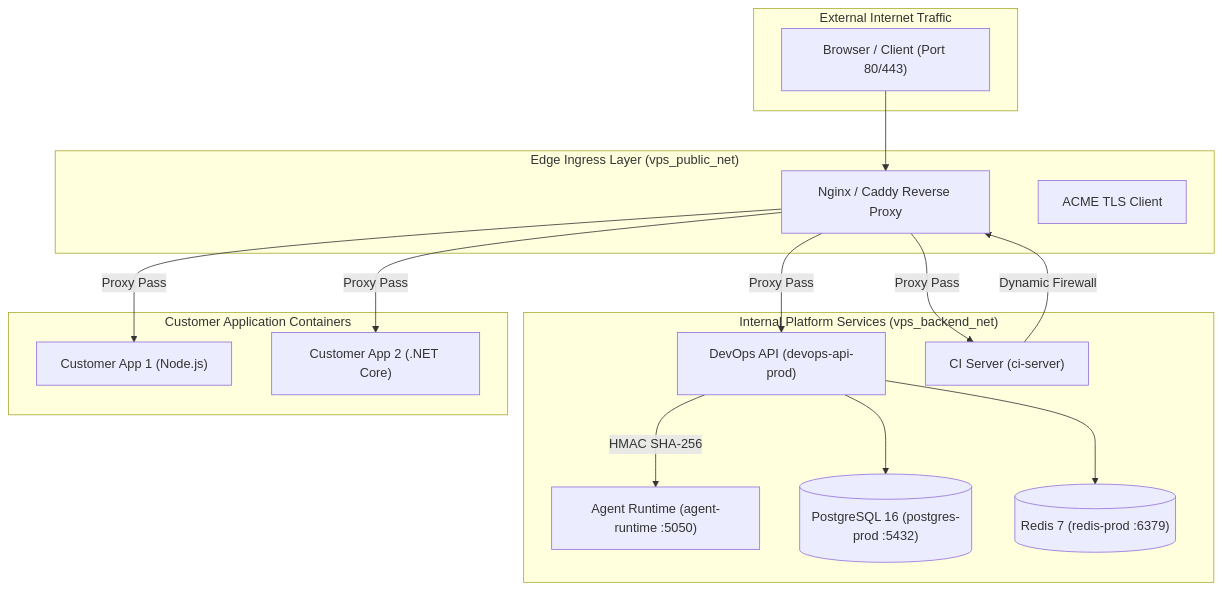
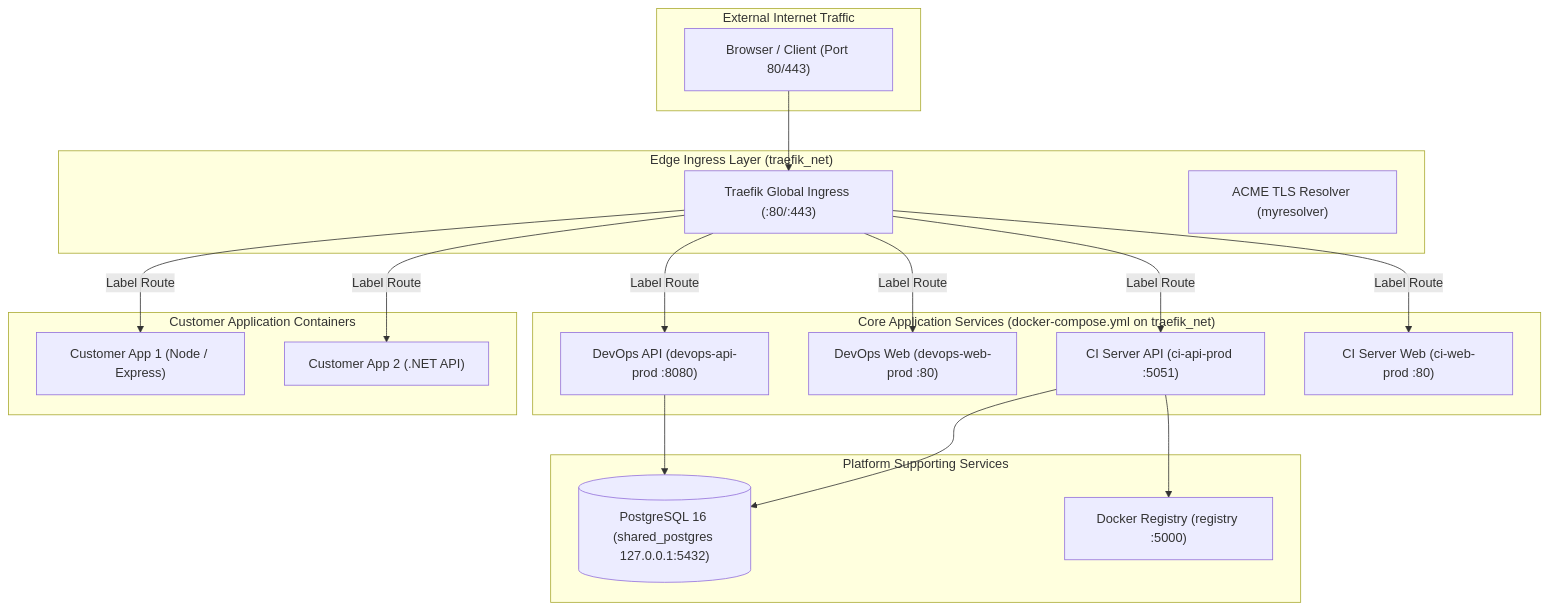
Before and after one commit to tmk-computers/vps-infra: the diagram in docs/v2/02-architecture/HOST_ARCHITECTURE.md, drawn with Mermaid. The commit also changed other lines of this file and 17 other files, not shown here.

````diff
--- a/docs/v2/02-architecture/HOST_ARCHITECTURE.md
+++ b/docs/v2/02-architecture/HOST_ARCHITECTURE.md
@@ -16,35 +16,40 @@
 ```mermaid
 graph TD
     subgraph "External Internet Traffic"
         Client["Browser / Client (Port 80/443)"]
     end
 
-    subgraph "Edge Ingress Layer (vps_public_net)"
-        Nginx["Nginx / Caddy Reverse Proxy"]
-        Certbot["ACME TLS Client"]
+    subgraph "Edge Ingress Layer (traefik_net)"
+        Traefik["Traefik Global Ingress (:80/:443)"]
+        ACME["ACME TLS Resolver (myresolver)"]
     end
 
-    subgraph "Internal Platform Services (vps_backend_net)"
-        API["DevOps API (devops-api-prod)"]
-        CI["CI Server (ci-server)"]
-        MAF["Agent Runtime (agent-runtime :5050)"]
-        PG[("PostgreSQL 16 (postgres-prod :5432)")]
-        Redis[("Redis 7 (redis-prod :6379)")]
+    subgraph "Core Application Services (docker-compose.yml on traefik_net)"
+        API["DevOps API (devops-api-prod :8080)"]
+        Web["DevOps Web (devops-web-prod :80)"]
+        CIAPI["CI Server API (ci-api-prod :5051)"]
+        CIWeb["CI Server Web (ci-web-prod :80)"]
+    end
+
+    subgraph "Platform Supporting Services"
+        PG[("PostgreSQL 16 (shared_postgres 127.0.0.1:5432)")]
+        Registry["Docker Registry (registry :5000)"]
     end
 
     subgraph "Customer Application Containers"
-        App1["Customer App 1 (Node.js)"]
-        App2["Customer App 2 (.NET Core)"]
+        App1["Customer App 1 (Node / Express)"]
+        App2["Customer App 2 (.NET API)"]
     end
 
-    Client --> Nginx
-    Nginx -->|Proxy Pass| API
-    Nginx -->|Proxy Pass| CI
-    Nginx -->|Proxy Pass| App1
-    Nginx -->|Proxy Pass| App2
+    Client --> Traefik
+    Traefik -->|Label Route| API
+    Traefik -->|Label Route| Web
+    Traefik -->|Label Route| CIAPI
+    Traefik -->|Label Route| CIWeb
+    Traefik -->|Label Route| App1
+    Traefik -->|Label Route| App2
 
     API --> PG
-    API --> Redis
-    API -->|HMAC SHA-256| MAF
-    CI -->|Dynamic Firewall| Nginx
+    CIAPI --> PG
+    CIAPI --> Registry
 ```
````
